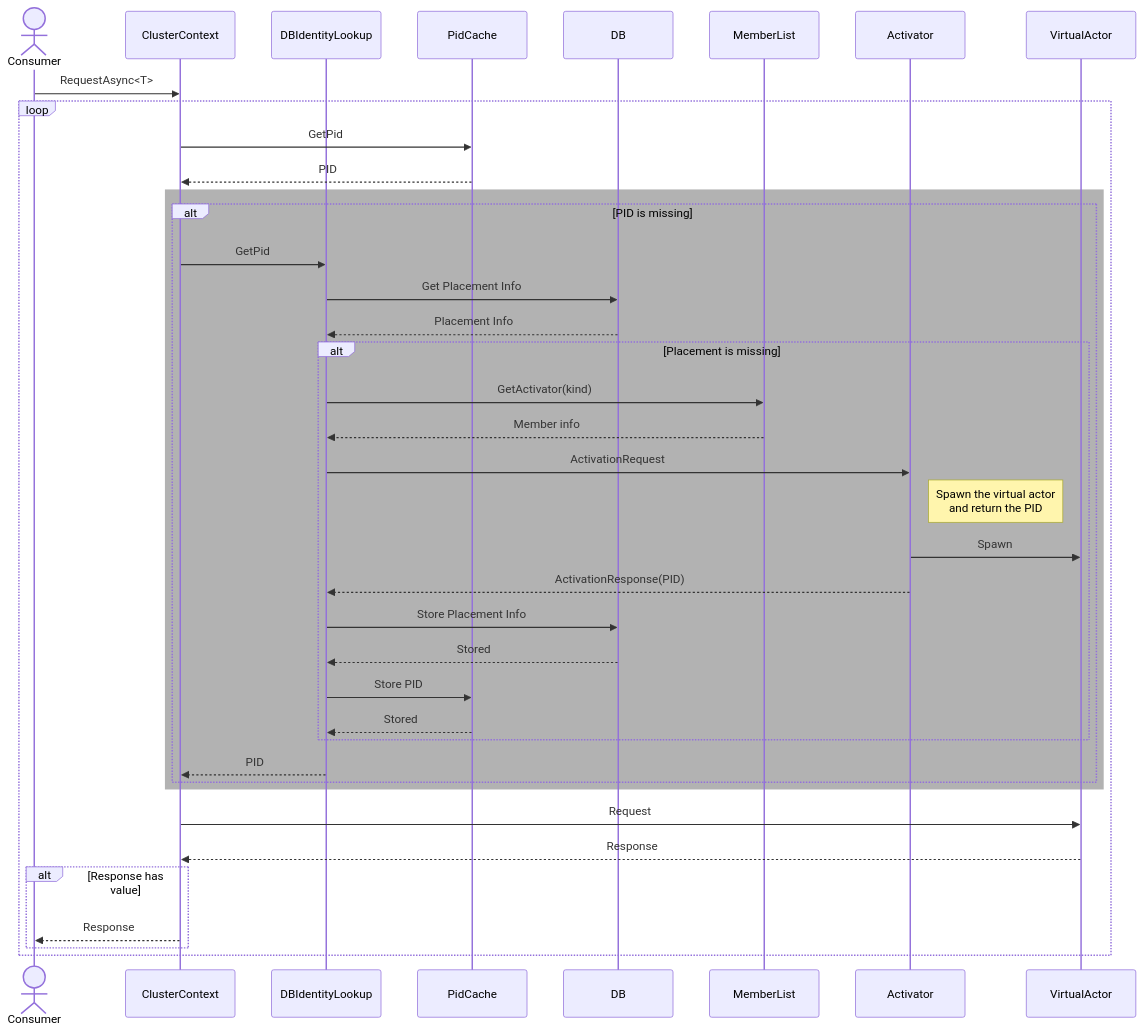
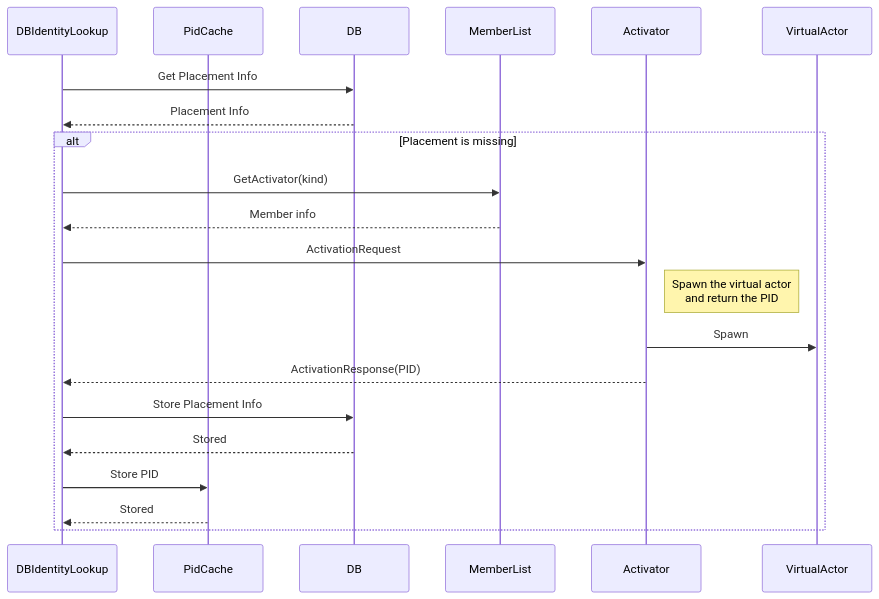
Before and after one commit to asynkron/protoactor-website: the second of 2 diagrams in hugo/content/docs/cluster/db-identity-lookup.md, drawn with Mermaid. The commit also changed other lines of this file, not shown here.

````diff
--- a/hugo/content/docs/cluster/db-identity-lookup.md
+++ b/hugo/content/docs/cluster/db-identity-lookup.md
@@ -14,45 +45,29 @@
 ```mermaid
 sequenceDiagram
 
-    actor Consumer
-    participant ClusterContext
     participant DBIdentityLookup
     participant PidCache
     participant DB
     participant MemberList
     participant Activator
     participant VirtualActor
 
-    Consumer->>ClusterContext: RequestAsync<T>
-    loop
-        ClusterContext->>PidCache: GetPid
-        PidCache-->>ClusterContext: PID
-        rect rgba(0, 0, 0, 0.3)
-            alt PID is missing
-                ClusterContext->>DBIdentityLookup: GetPid
-                DBIdentityLookup->>DB: Get Placement Info
-                DB-->>DBIdentityLookup: Placement Info
 
-                    alt Placement is missing
-                        DBIdentityLookup->>MemberList: GetActivator(kind)
-                        MemberList-->>DBIdentityLookup: Member info
-                        DBIdentityLookup->>Activator: ActivationRequest
-                        note right of Activator: Spawn the virtual actor<br>and return the PID
-                        Activator->>VirtualActor: Spawn
-                        Activator-->>DBIdentityLookup: ActivationResponse(PID)
-                        DBIdentityLookup->>DB: Store Placement Info
-                        DB-->>DBIdentityLookup:Stored
-                        DBIdentityLookup->>PidCache: Store PID
-                        PidCache-->>DBIdentityLookup: Stored
-                    end
+    DBIdentityLookup->>DB: Get Placement Info
+    DB-->>DBIdentityLookup: Placement Info
 
-                DBIdentityLookup-->>ClusterContext: PID
-            end
-        end
-        ClusterContext->>VirtualActor: Request
-        VirtualActor-->>ClusterContext: Response
-        alt Response has value
-            ClusterContext-->>Consumer: Response
-        end
+    alt Placement is missing
+        DBIdentityLookup->>MemberList: GetActivator(kind)
+        MemberList-->>DBIdentityLookup: Member info
+        DBIdentityLookup->>Activator: ActivationRequest
+        note right of Activator: Spawn the virtual actor<br>and return the PID
+        Activator->>VirtualActor: Spawn
+        Activator-->>DBIdentityLookup: ActivationResponse(PID)
+        DBIdentityLookup->>DB: Store Placement Info
+        DB-->>DBIdentityLookup:Stored
+        DBIdentityLookup->>PidCache: Store PID
+        PidCache-->>DBIdentityLookup: Stored
     end
+
+
 ```
````
